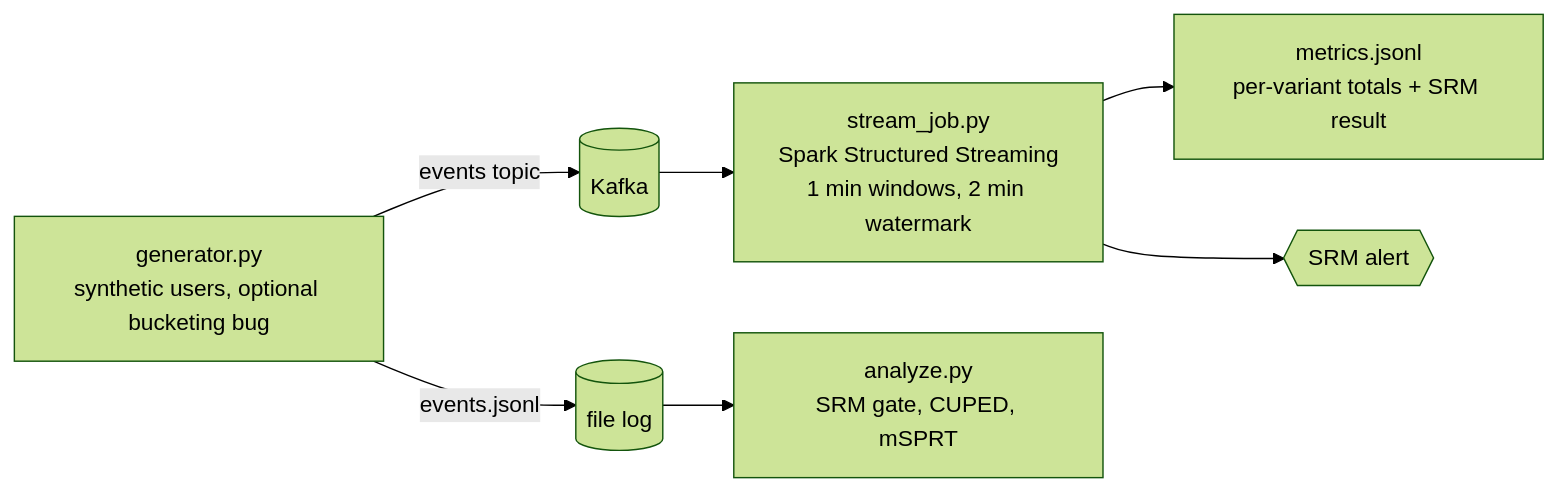
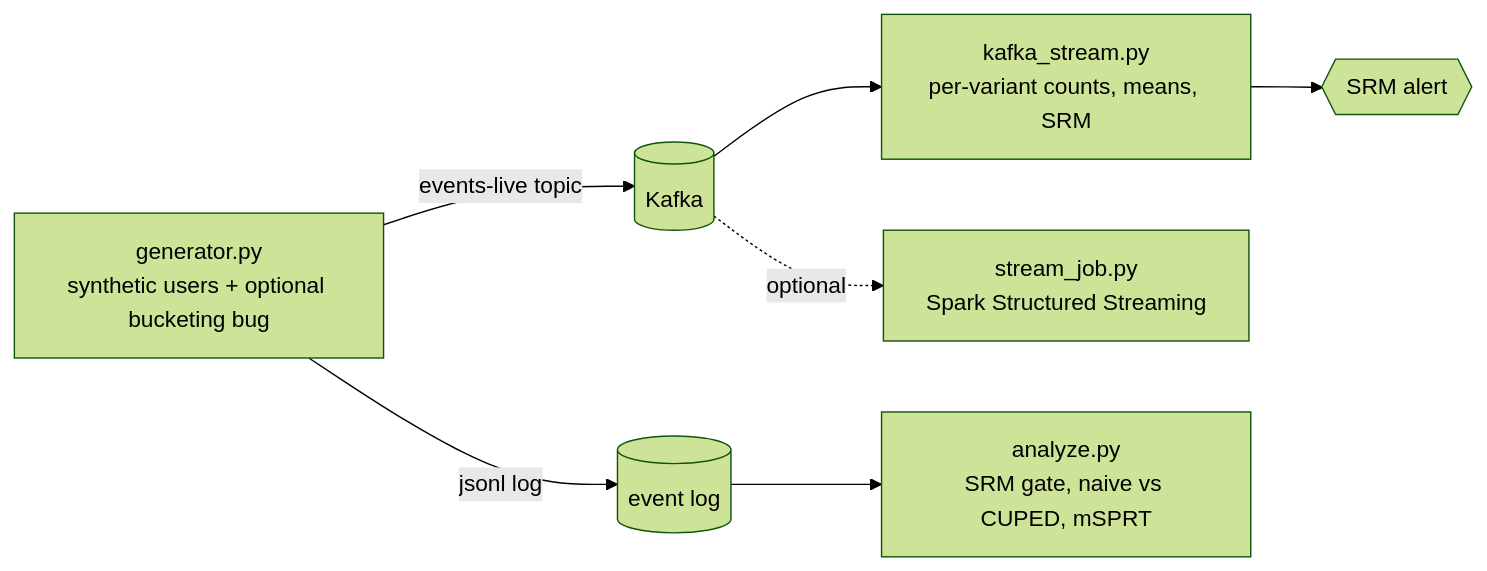
One commit to nikolamatus/exp-streaming changed the diagram in README.md. Above: the diagram before and after it, drawn with Mermaid (forest theme). The commit also changed other lines of this file and 8 other files, not shown here.

````diff
--- a/README.md
+++ b/README.md
@@ -9,9 +13,9 @@
 ```mermaid
 flowchart LR
-    G[generator.py<br/>synthetic users, optional bucketing bug] -->|events topic| K[(Kafka)]
-    G -->|events.jsonl| F[(file log)]
-    K --> S[stream_job.py<br/>Spark Structured Streaming<br/>1 min windows, 2 min watermark]
-    S --> M[metrics.jsonl<br/>per-variant totals + SRM result]
-    S --> A{{SRM alert}}
-    F --> O[analyze.py<br/>SRM gate, CUPED, mSPRT]
+    G[generator.py<br/>synthetic users + optional bucketing bug] -->|events-live topic| K[(Kafka)]
+    G -->|jsonl log| F[(event log)]
+    K --> C[kafka_stream.py<br/>per-variant counts, means, SRM]
+    C --> A{{SRM alert}}
+    F --> O[analyze.py<br/>SRM gate, naive vs CUPED, mSPRT]
+    K -.optional.-> S[stream_job.py<br/>Spark Structured Streaming]
 ```
````
